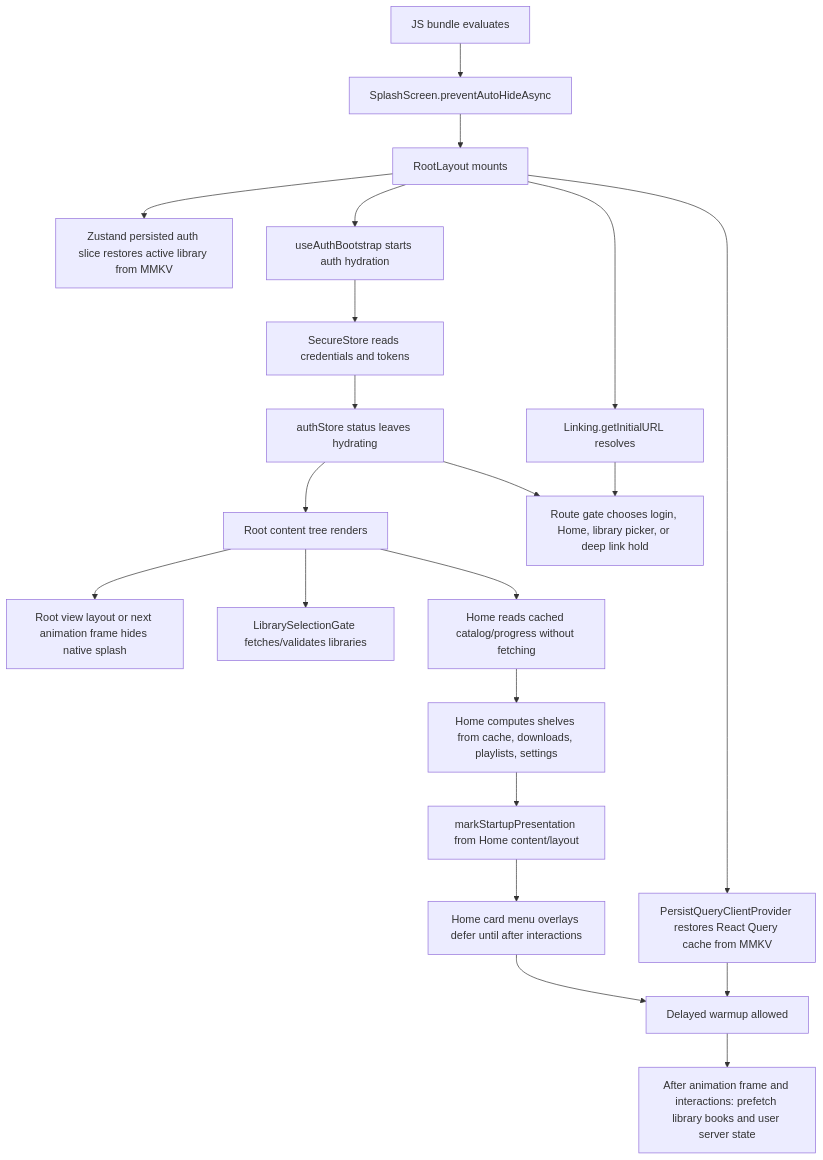
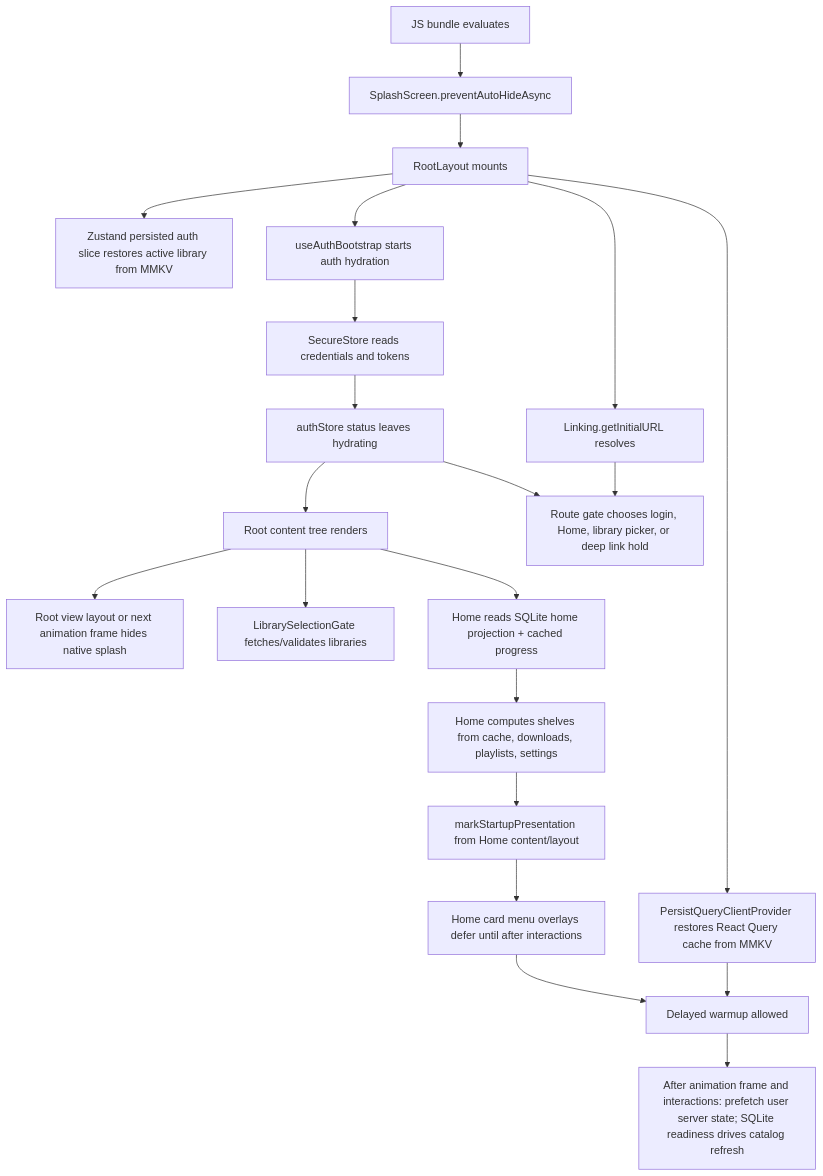
One commit to markmccoid/laabs_audio changed the diagram in docs/startup-task-map.md. Above: the diagram before and after it, drawn with Mermaid. The commit also changed other lines of this file and 19 other files, not shown here.

````diff
--- a/docs/startup-task-map.md
+++ b/docs/startup-task-map.md
@@ -7,23 +7,23 @@
 ```mermaid
 flowchart TD
   A["JS bundle evaluates"] --> B["SplashScreen.preventAutoHideAsync"]
   B --> C["RootLayout mounts"]
   C --> D["Zustand persisted auth slice restores active library from MMKV"]
   C --> E["PersistQueryClientProvider restores React Query cache from MMKV"]
   C --> F["useAuthBootstrap starts auth hydration"]
   F --> G["SecureStore reads credentials and tokens"]
   G --> H["authStore status leaves hydrating"]
   H --> I["Root content tree renders"]
   C --> J["Linking.getInitialURL resolves"]
   H --> K["Route gate chooses login, Home, library picker, or deep link hold"]
   J --> K
   I --> L["Root view layout or next animation frame hides native splash"]
   I --> M["LibrarySelectionGate fetches/validates libraries"]
-  I --> N["Home reads cached catalog/progress without fetching"]
+  I --> N["Home reads SQLite home projection + cached progress"]
   N --> O["Home computes shelves from cache, downloads, playlists, settings"]
   O --> P["markStartupPresentation from Home content/layout"]
   P --> Q["Home card menu overlays defer until after interactions"]
   Q --> R["Delayed warmup allowed"]
   E --> R
-  R --> S["After animation frame and interactions: prefetch library books and user server state"]
+  R --> S["After animation frame and interactions: prefetch user server state; SQLite readiness drives catalog refresh"]
 ```
````
